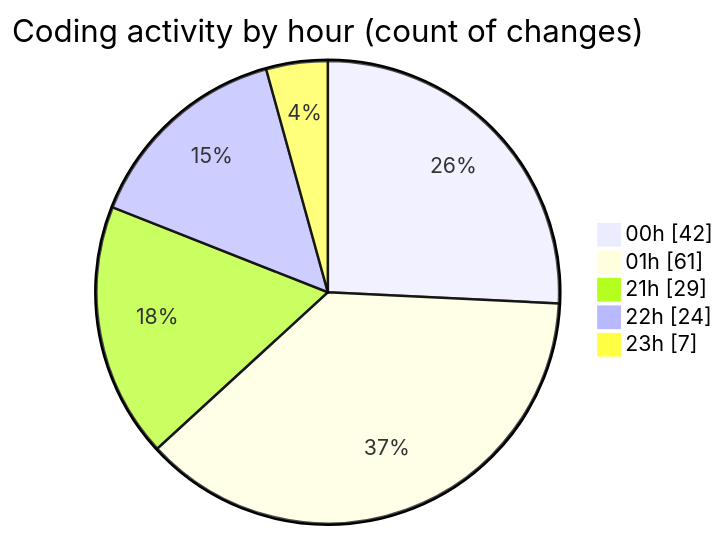
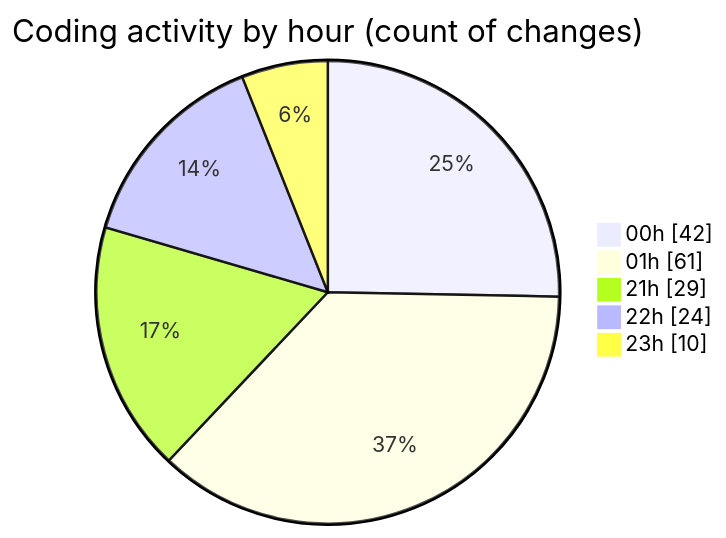
One commit to lephambinh05/code-tracking changed the second of 2 diagrams in 2025-08-12/rentotp/README.md. Above: the diagram before and after it, drawn with Mermaid. The commit also changed other lines of this file and 1 other file, not shown here.

````diff
--- a/2025-08-12/rentotp/README.md
+++ b/2025-08-12/rentotp/README.md
@@ -56,9 +56,9 @@
 ```mermaid
 pie showData
 title Coding activity by hour (count of changes)
 "00h" : 42
 "01h" : 61
 "21h" : 29
 "22h" : 24
-"23h" : 7
+"23h" : 10
 ```
````
